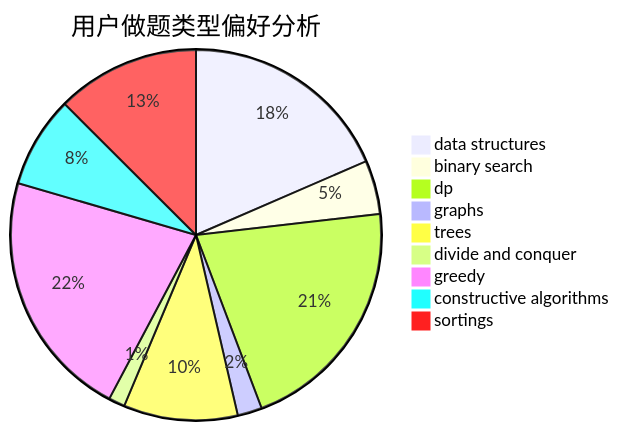
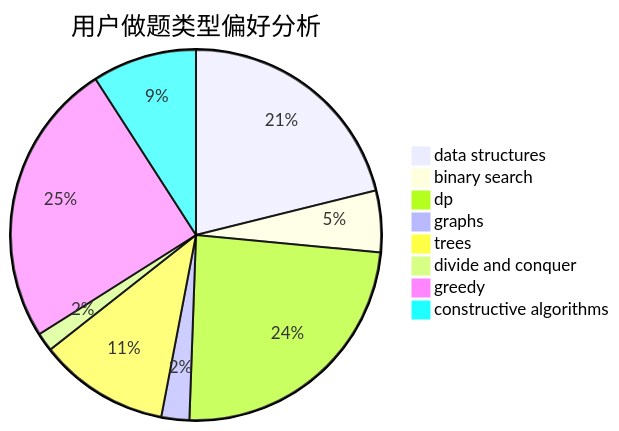
One commit to sherpahu/cfrs.github.io changed the second of 3 diagrams in docs/user/u1963.md. Above: the diagram before and after it, drawn with Mermaid. The commit also changed other lines of this file and 2769 other files, not shown here.

````diff
--- a/docs/user/u1963.md
+++ b/docs/user/u1963.md
@@ -18,12 +18,11 @@
 ```mermaid
 pie title 用户做题类型偏好分析
     "data structures" :  130
     "binary search" :  33
     "dp" :  148
     "graphs" :  15
     "trees" :  70
     "divide and conquer" :  10
     "greedy" :  153
     "constructive algorithms" :  56
-    "sortings" :  88
 ```
````
